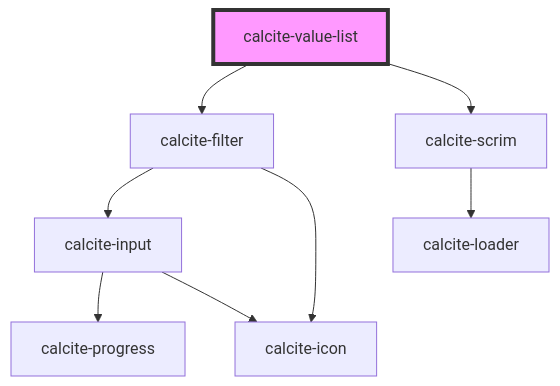
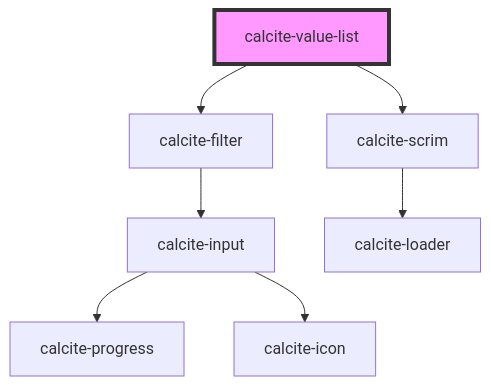
Before and after one commit to vikivakarvc/calcite-design-system: the diagram in src/components/value-list/readme.md, drawn with Mermaid. The commit also changed 4 other files, not shown here.

````diff
--- a/src/components/value-list/readme.md
+++ b/src/components/value-list/readme.md
@@ -126,11 +126,10 @@
 ```mermaid
 graph TD;
   calcite-value-list --> calcite-filter
   calcite-value-list --> calcite-scrim
   calcite-filter --> calcite-input
-  calcite-filter --> calcite-icon
   calcite-input --> calcite-progress
   calcite-input --> calcite-icon
   calcite-scrim --> calcite-loader
   style calcite-value-list fill:#f9f,stroke:#333,stroke-width:4px
 ```
````
